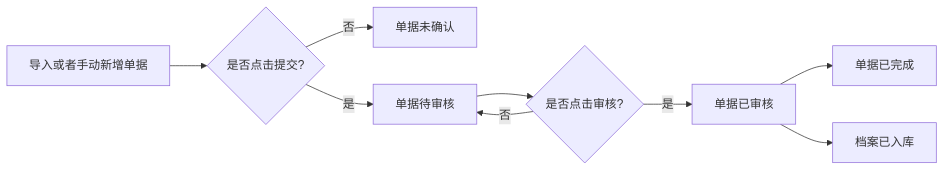
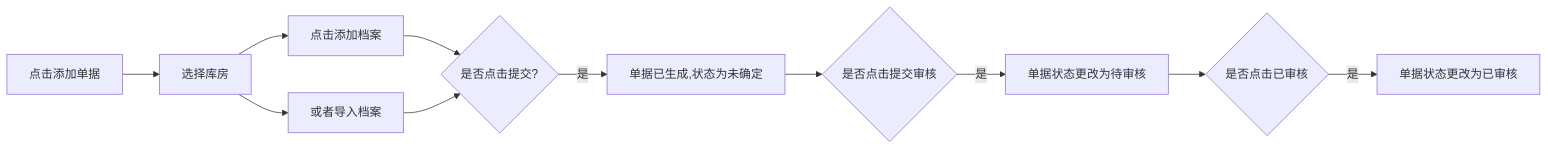
The first of 4 diagrams in README.md (Lishengzuo/project-document-management), drawn with Mermaid before and after one commit. The commit also changed other lines of this file, not shown here.

````diff
--- a/README.md
+++ b/README.md
@@ -93,11 +93,13 @@
 ```mermaid
 graph LR
-A[导入或者手动新增单据]-->B{是否点击提交?}
-B-->|否| C[单据未确认]
-B-->|是| D[单据待审核]
-D-->E{是否点击审核?}
-E-->|是| F[单据已审核]
-E-->|否| D
-F-->G[单据已完成]
-F-->H[档案已入库]
+A[点击添加单据]-->B[选择库房]
+B-->C[点击添加档案]
+B-->D[或者导入档案]
+C-->E{是否点击提交?}
+D-->E
+E-->|是|G[单据已生成,状态为未确定]
+G-->H{是否点击提交审核}
+H-->|是|I[单据状态更改为待审核]
+I-->J{是否点击已审核}
+J-->|是|K[单据状态更改为已审核]
 ```
````
